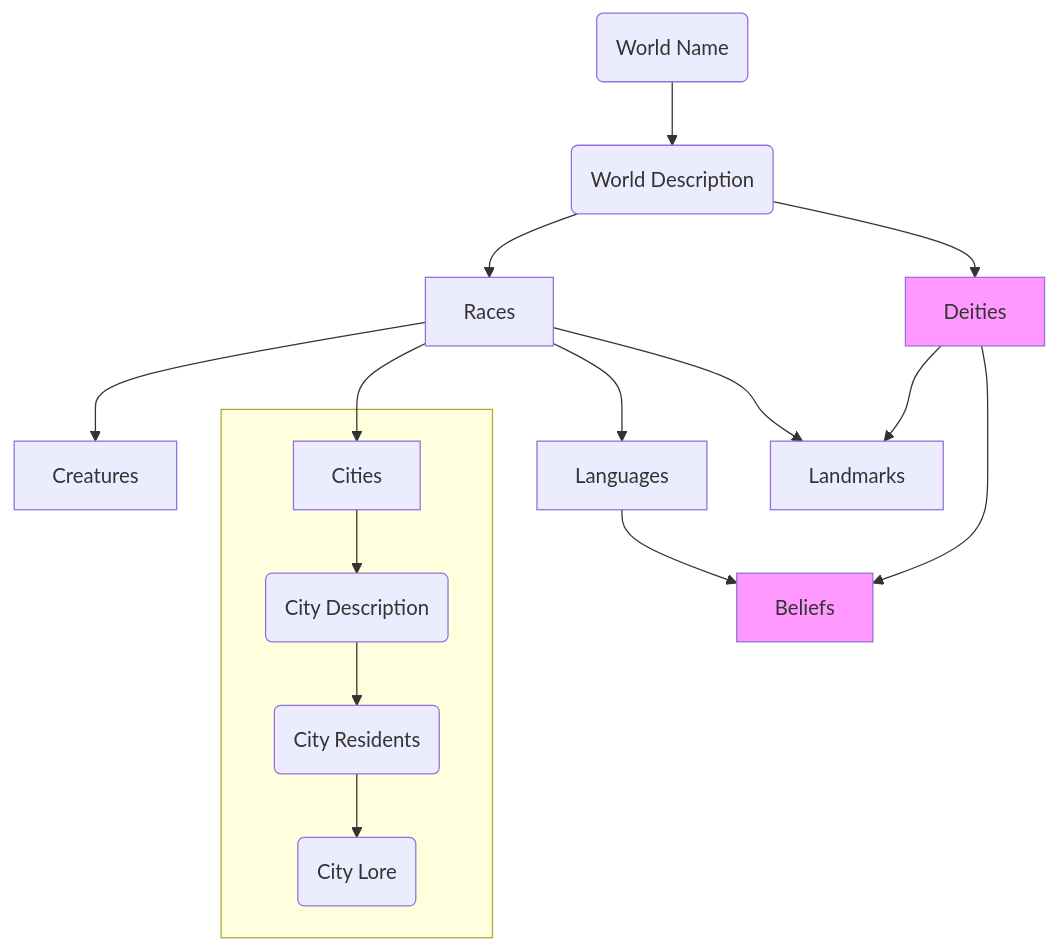
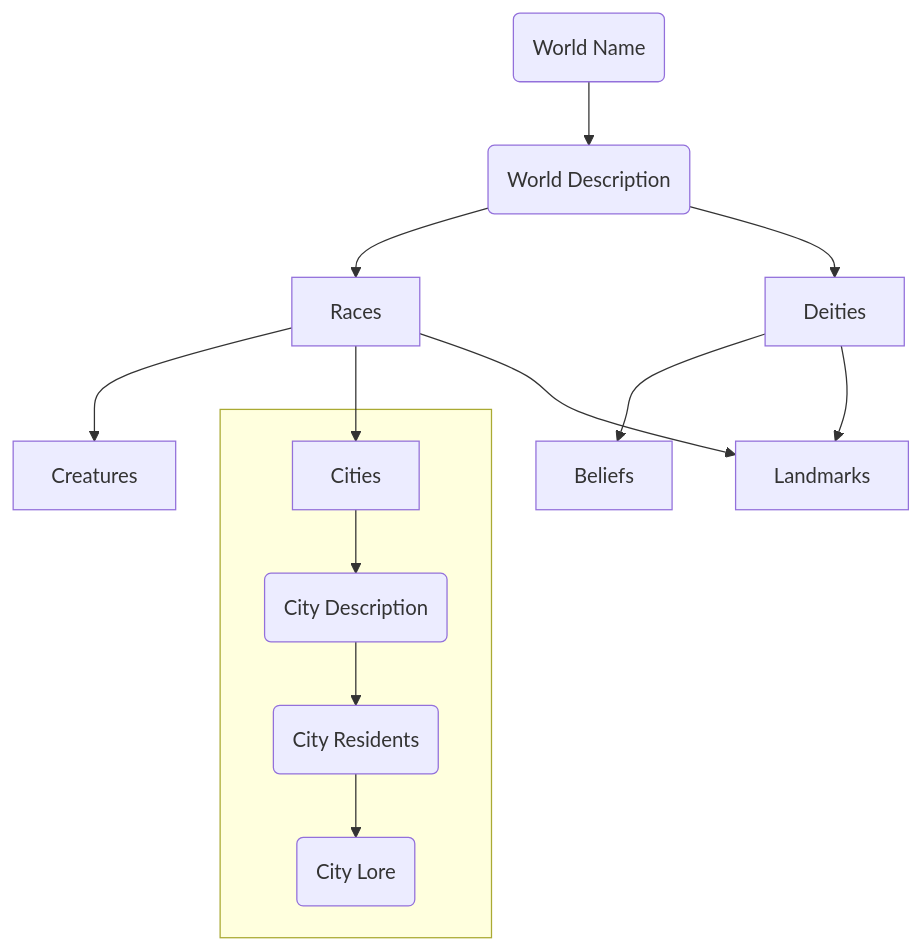
The diagram in README.md (thoppe/mythical-mentor), drawn with Mermaid before and after one commit. The commit also changed other lines of this file and 10 other files, not shown here.

````diff
--- a/README.md
+++ b/README.md
@@ -4,23 +4,18 @@
 ```mermaid
 flowchart TD
     WName(World Name) --> WorldDesc(World Description)
     WorldDesc --> Races
     Races --> Creatures
     Races --> Cities
-    Races --> Languages
     WorldDesc --> Deities
-    style Deities fill:#f9f
-
+    
+    Deities --> Beliefs
     Deities --> Landmarks
     Races --> Landmarks
-
-    Deities --> Beliefs
-    Languages --> Beliefs
-    style Beliefs fill:#f9f
 
     subgraph city [ ]
       Cities --> CITY1(City Description)
       CITY1 --> CITY2(City Residents)
       CITY2 --> CITY3(City Lore)
     end
 ```
````
